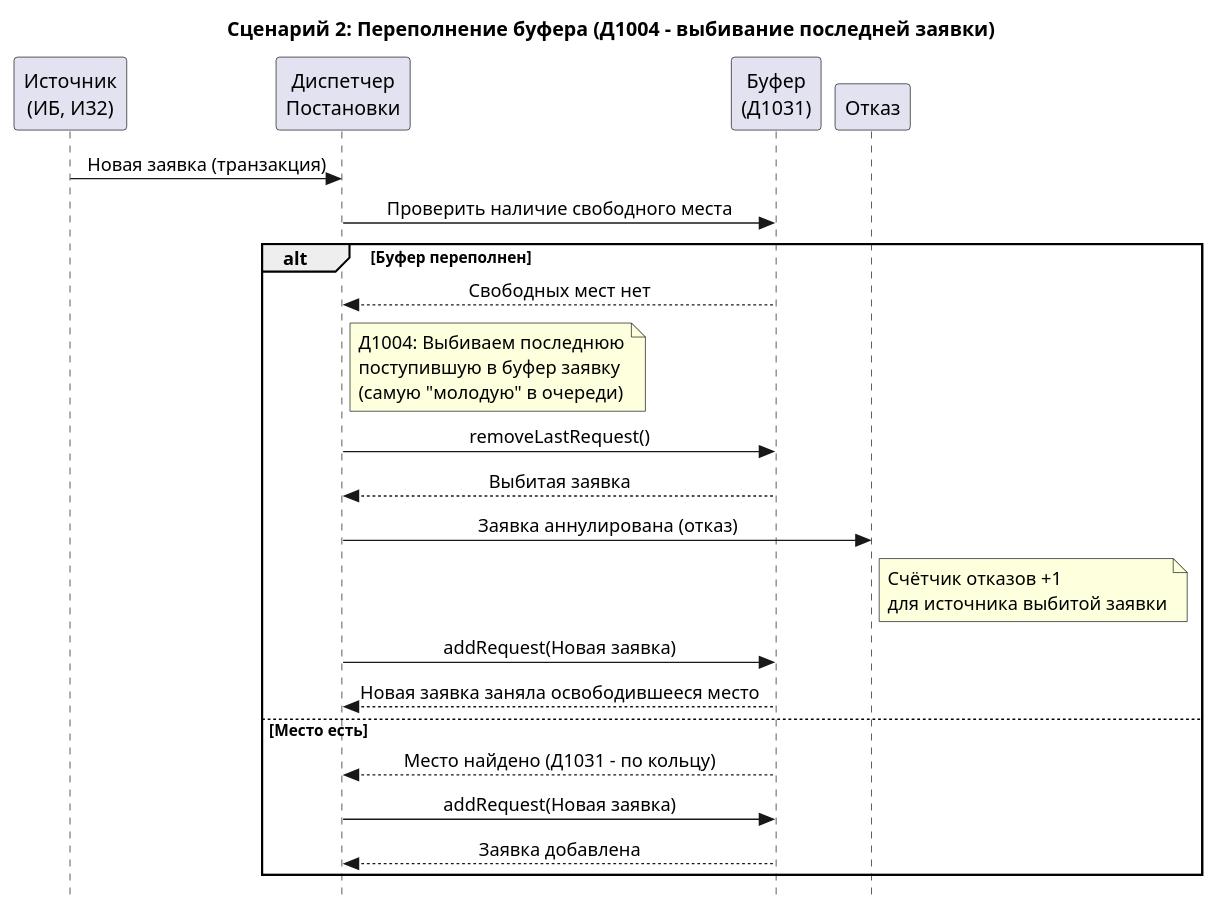
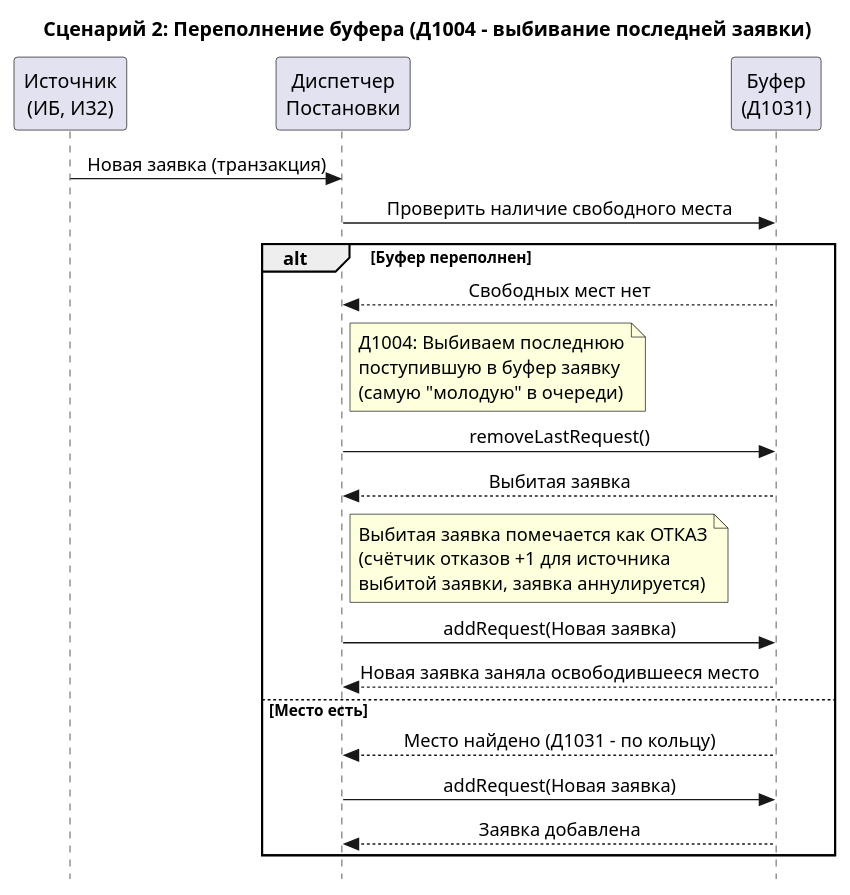
The diagram in overflow/overflow.puml (TimeouTplz/BANK), drawn with PlantUML before and after one commit.

```diff
--- a/overflow/overflow.puml
+++ b/overflow/overflow.puml
@@ -1,36 +1,34 @@
 @startuml
 skinparam style strictuml
 skinparam sequenceMessageAlign center
 
 participant "Источник\n(ИБ, И32)" as Source
 participant "Диспетчер\nПостановки" as PlaceDisp
 participant "Буфер\n(Д1031)" as Buffer
-participant "Отказ" as Reject
 
 title Сценарий 2: Переполнение буфера (Д1004 - выбивание последней заявки)
 
 Source -> PlaceDisp: Новая заявка (транзакция)
 
 PlaceDisp -> Buffer: Проверить наличие свободного места
 
 alt Буфер переполнен
     Buffer --> PlaceDisp: Свободных мест нет
     
     note right of PlaceDisp: Д1004: Выбиваем последнюю\nпоступившую в буфер заявку\n(самую "молодую" в очереди)
     
     PlaceDisp -> Buffer: removeLastRequest()
     Buffer --> PlaceDisp: Выбитая заявка
     
-    PlaceDisp -> Reject: Заявка аннулирована (отказ)
-    note right of Reject: Счётчик отказов +1\nдля источника выбитой заявки
+    note right of PlaceDisp: Выбитая заявка помечается как ОТКАЗ\n(счётчик отказов +1 для источника\nвыбитой заявки, заявка аннулируется)
     
     PlaceDisp -> Buffer: addRequest(Новая заявка)
     Buffer --> PlaceDisp: Новая заявка заняла освободившееся место
 
 else Место есть
     Buffer --> PlaceDisp: Место найдено (Д1031 - по кольцу)
     PlaceDisp -> Buffer: addRequest(Новая заявка)
     Buffer --> PlaceDisp: Заявка добавлена
 end
 
 @enduml
```
